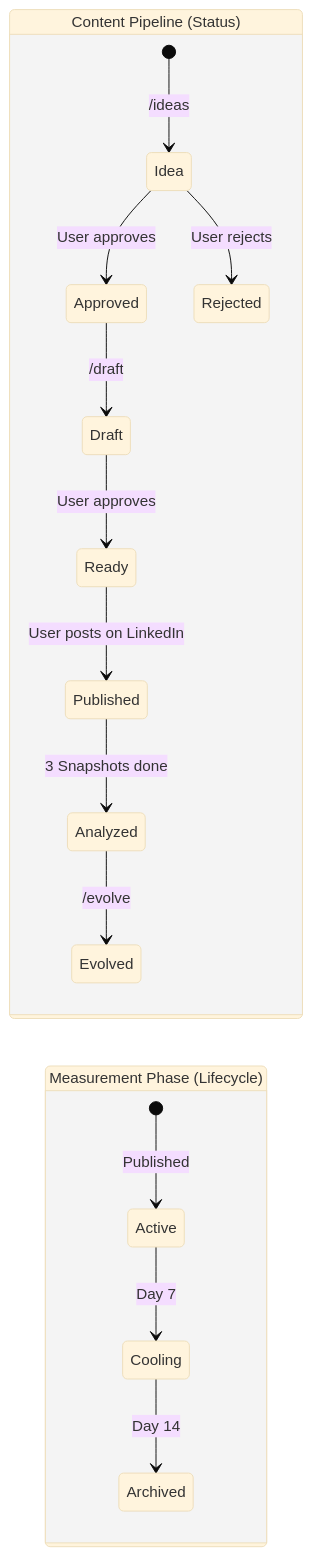
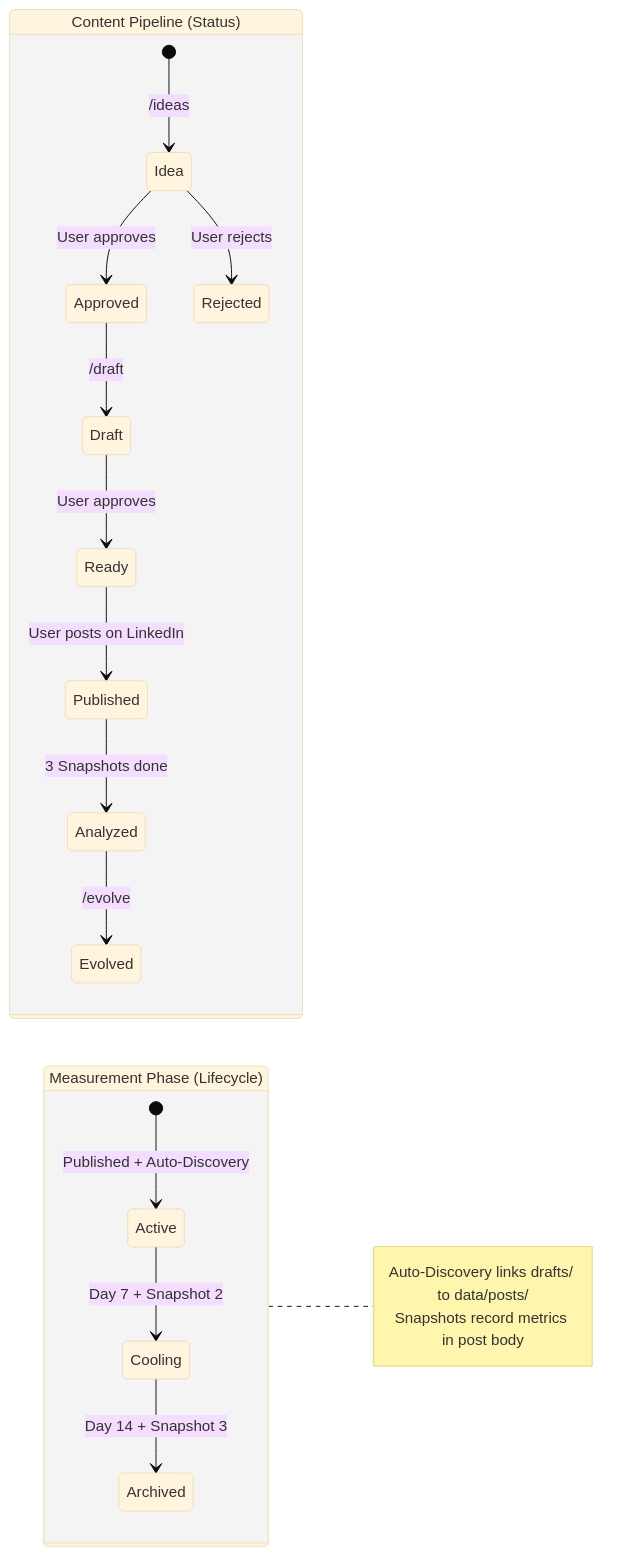
Before and after one commit to sabania/linkedin-cli: the fourth of 8 diagrams in plugin/README.md, drawn with Mermaid (base theme). The commit also changed other lines of this file, not shown here.

Commit message:
Enhance README with detailed lifecycle transitions, auto-discovery features, and updated data structures for improved clarity and functionality

````diff
--- a/plugin/README.md
+++ b/plugin/README.md
@@ -110,21 +112,26 @@
 ```mermaid
 stateDiagram-v2
     direction LR
 
     state "Content Pipeline (Status)" as pipeline {
         [*] --> Idea: /ideas
         Idea --> Approved: User approves
         Idea --> Rejected: User rejects
         Approved --> Draft: /draft
         Draft --> Ready: User approves
         Ready --> Published: User posts on LinkedIn
         Published --> Analyzed: 3 Snapshots done
         Analyzed --> Evolved: /evolve
     }
 
     state "Measurement Phase (Lifecycle)" as measurement {
-        [*] --> Active: Published
-        Active --> Cooling: Day 7
-        Cooling --> Archived: Day 14
+        [*] --> Active: Published + Auto-Discovery
+        Active --> Cooling: Day 7 + Snapshot 2
+        Cooling --> Archived: Day 14 + Snapshot 3
     }
+
+    note right of measurement
+        Auto-Discovery links drafts/ to data/posts/
+        Snapshots record metrics in post body
+    end note
 ```
````
